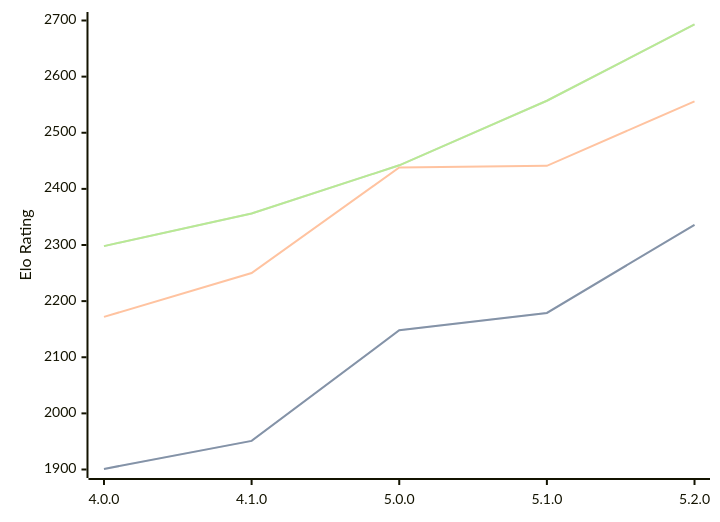
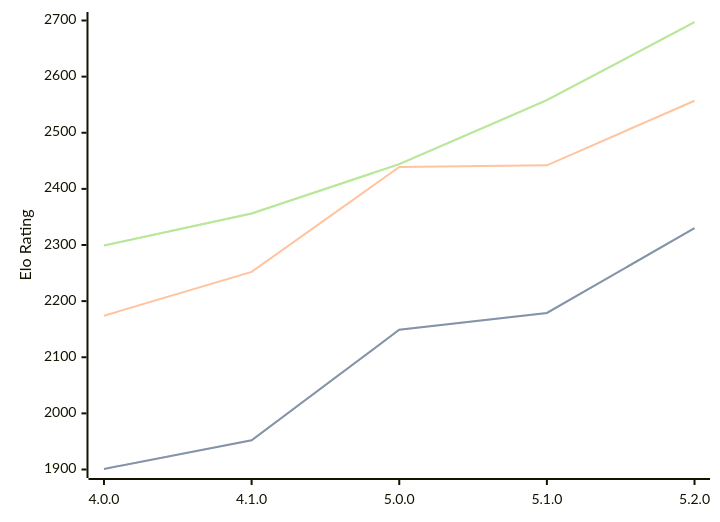
One commit to computer-chess-index/cci changed the third of 3 diagrams in engines/Aconcagua.md. Above: the diagram before and after it, drawn with Mermaid. The commit also changed other lines of this file, not shown here.

Commit message:
Update CCI Ratings (ELO VLTC) - 2026-06-30

````diff
--- a/engines/Aconcagua.md
+++ b/engines/Aconcagua.md
@@ -77,11 +77,11 @@
 ```mermaid
 %%{init: {"theme":"base","themeVariables":{"seriesColors:['#a3a3a3','#222221','#faa371']}}}%%
 xychart-beta
   x-axis ["4.0.0", "4.1.0", "5.0.0", "5.1.0", "5.2.0"]
   y-axis "Elo Rating" 1900 --> 2700
-  line "STC (8.0+0.08s)" [1901, 1951, 2148, 2179, 2336]
-  line "STC (8.0+0.08s)" [1901, 1951, 2148, 2179, 2336]
-  line "LTC (60.0+0.60s)" [2172, 2250, 2438, 2441, 2556]
-  line "VLTC (2m24s+1.12s)" [2298, 2356, 2442, 2557, 2693]
-  line "VLTC (2m24s+1.12s)" [2298, 2356, 2442, 2557, 2693]
+  line "STC (8.0+0.08s)" [1901, 1952, 2149, 2179, 2330]
+  line "STC (8.0+0.08s)" [1901, 1952, 2149, 2179, 2330]
+  line "LTC (60.0+0.60s)" [2174, 2252, 2439, 2442, 2557]
+  line "VLTC (2m24s+1.12s)" [2299, 2356, 2444, 2558, 2697]
+  line "VLTC (2m24s+1.12s)" [2299, 2356, 2444, 2558, 2697]
 ```
````
